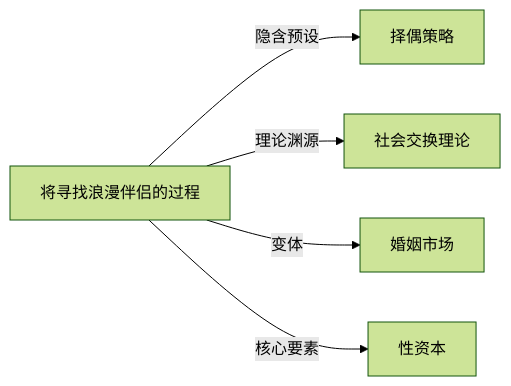
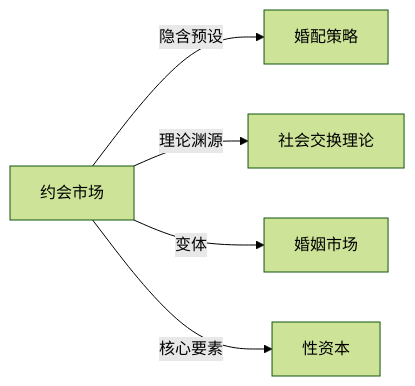
The diagram in Knowledge/Concepts/社会学/约会市场.md (KIMMCHOW/MyKnowledge), drawn with Mermaid (forest theme) before and after one commit. The commit also changed 96 other files, not shown here.

Commit message:
fix: 修复概念页关系图节点并补齐缺失关联

````diff
--- a/Knowledge/Concepts/社会学/约会市场.md
+++ b/Knowledge/Concepts/社会学/约会市场.md
@@ -43,7 +43,7 @@
 ```mermaid
 graph LR
-    将寻找浪漫伴侣的过程 -->|隐含预设| 择偶策略
-    将寻找浪漫伴侣的过程 -->|理论渊源| 社会交换理论
-    将寻找浪漫伴侣的过程 -->|变体| 婚姻市场
-    将寻找浪漫伴侣的过程 -->|核心要素| 性资本
+约会市场 -->|隐含预设| 婚配策略
+约会市场 -->|理论渊源| 社会交换理论
+约会市场 -->|变体| 婚姻市场
+约会市场 -->|核心要素| 性资本
 ```
````
